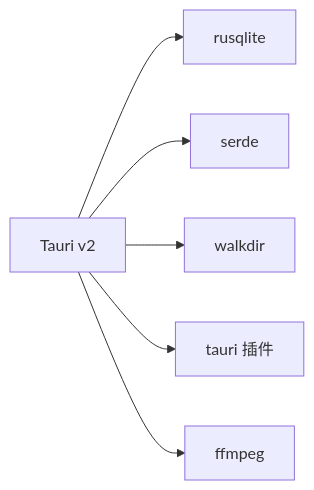
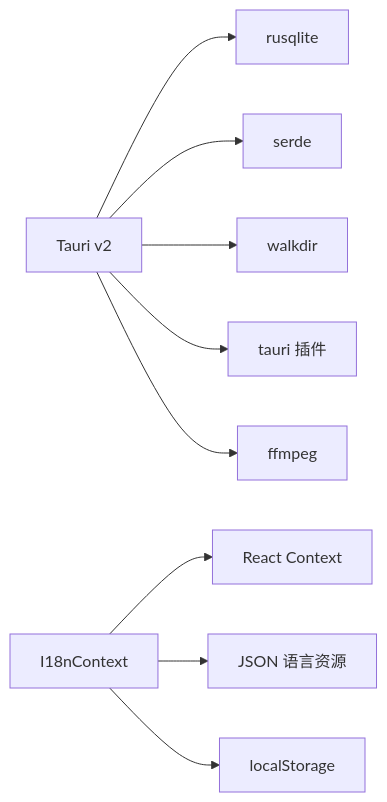
One commit to YLee9527/Medex changed the tenth of 10 diagrams in doc/repowiki/zh/content/后端开发/后端开发.md. Above: the diagram before and after it, drawn with Mermaid. The commit also changed other lines of this file and 31 other files, not shown here.

First line of the commit message:
docs(doc): 添加部署脚本、锁屏功能、发布指南及设置按钮图标文档

````diff
--- a/doc/repowiki/zh/content/后端开发/后端开发.md
+++ b/doc/repowiki/zh/content/后端开发/后端开发.md
@@ -422,8 +496,11 @@
 ```mermaid
 graph LR
 Tauri["Tauri v2"] --> Rusqlite["rusqlite"]
 Tauri --> Serde["serde"]
 Tauri --> Walkdir["walkdir"]
 Tauri --> Plugins["tauri 插件"]
 Tauri --> FFmpeg["ffmpeg"]
+I18n["I18nContext"] --> React["React Context"]
+I18n --> JSON["JSON 语言资源"]
+I18n --> LocalStorage["localStorage"]
 ```
````
